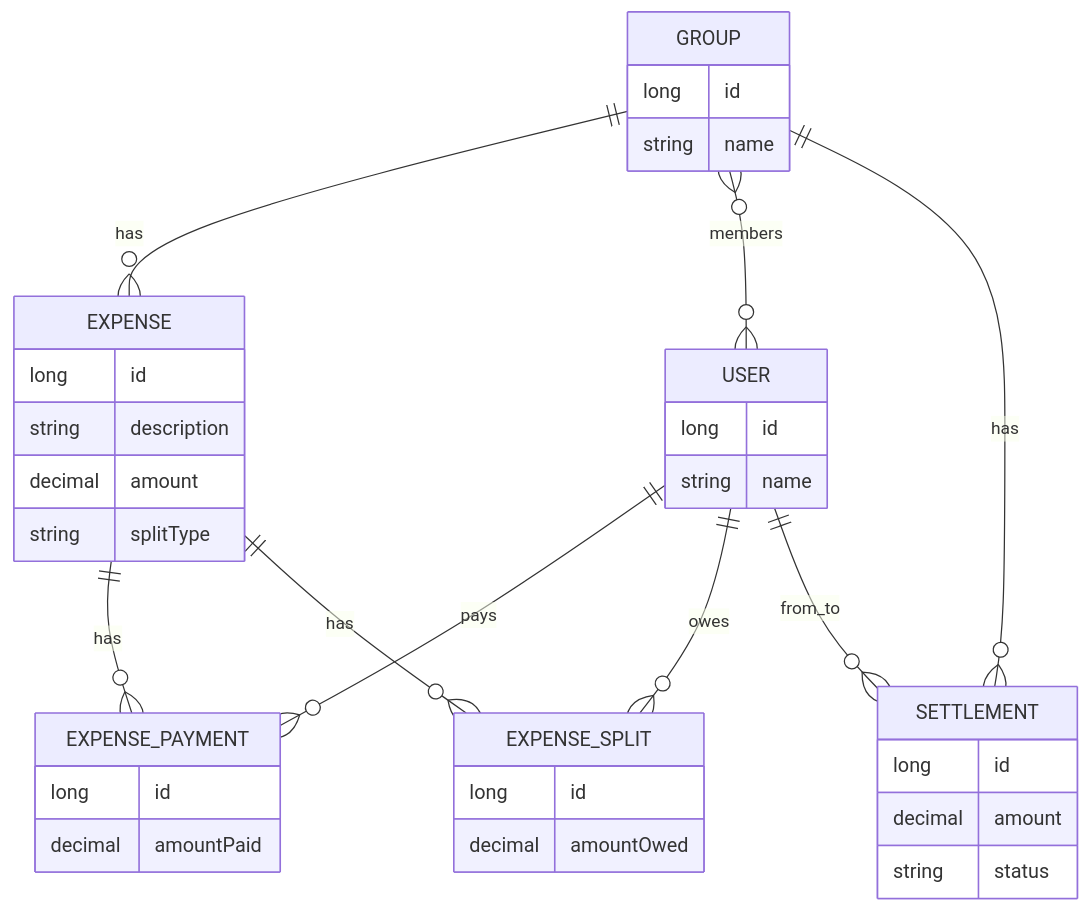
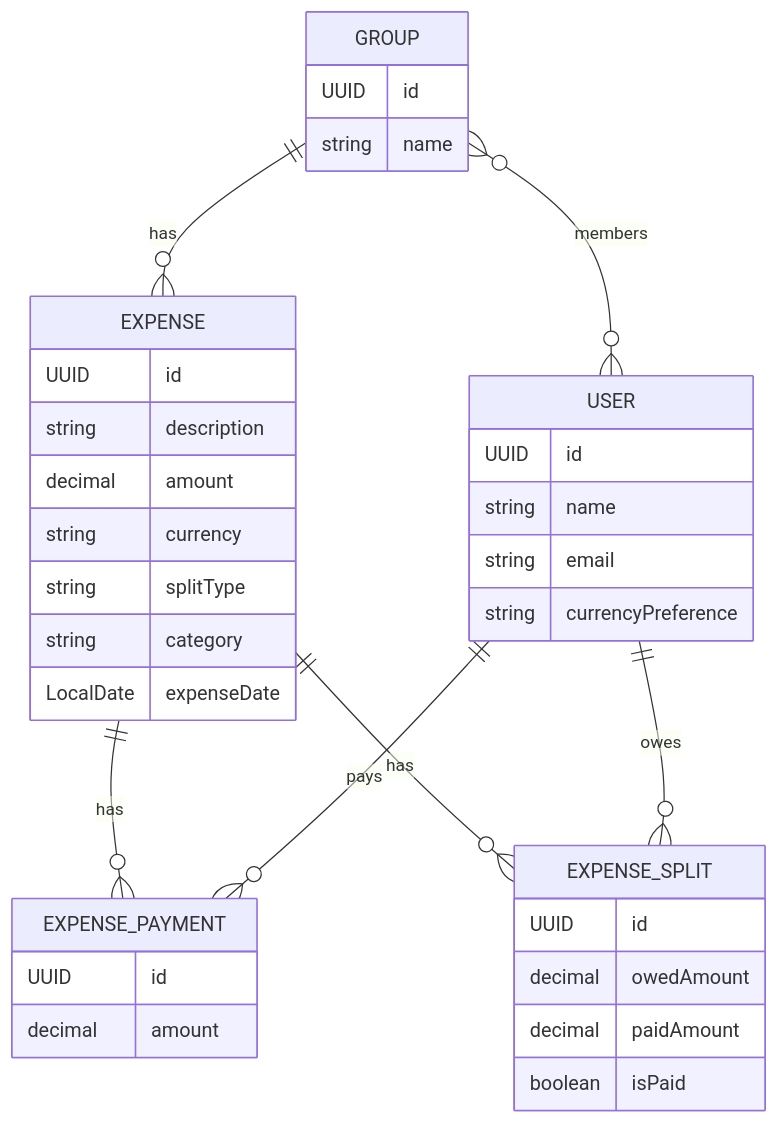
The second of 5 diagrams in README.md (malcolm-cephas/Expense_Splitter), drawn with Mermaid before and after one commit. The commit also changed other lines of this file and 12 other files, not shown here.

````diff
--- a/README.md
+++ b/README.md
@@ -154,45 +160,44 @@
 ```mermaid
 erDiagram
 
 GROUP ||--o{ EXPENSE : has
 GROUP }o--o{ USER : members
 EXPENSE ||--o{ EXPENSE_PAYMENT : has
 EXPENSE ||--o{ EXPENSE_SPLIT : has
 USER ||--o{ EXPENSE_PAYMENT : pays
 USER ||--o{ EXPENSE_SPLIT : owes
-GROUP ||--o{ SETTLEMENT : has
-USER ||--o{ SETTLEMENT : from_to
 
 GROUP {
-  long id
+  UUID id
   string name
 }
 
 USER {
-  long id
+  UUID id
   string name
+  string email
+  string currencyPreference
 }
 
 EXPENSE {
-  long id
+  UUID id
   string description
   decimal amount
+  string currency
   string splitType
+  string category
+  LocalDate expenseDate
 }
 
 EXPENSE_PAYMENT {
-  long id
-  decimal amountPaid
+  UUID id
+  decimal amount
 }
 
 EXPENSE_SPLIT {
-  long id
-  decimal amountOwed
-}
-
-SETTLEMENT {
-  long id
-  decimal amount
-  string status
+  UUID id
+  decimal owedAmount
+  decimal paidAmount
+  boolean isPaid
 }
 ```
````
